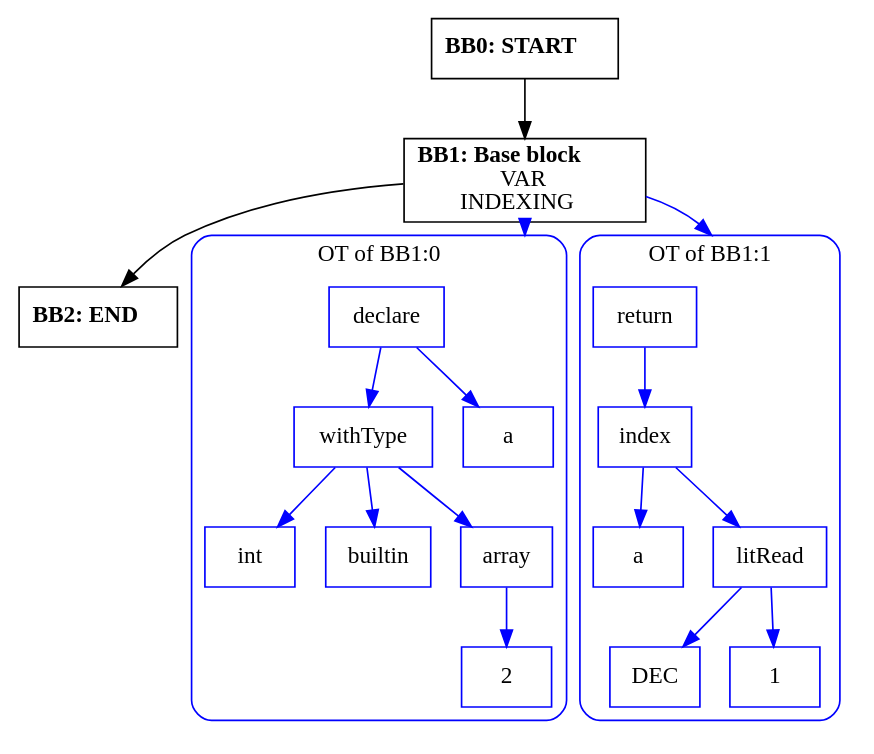
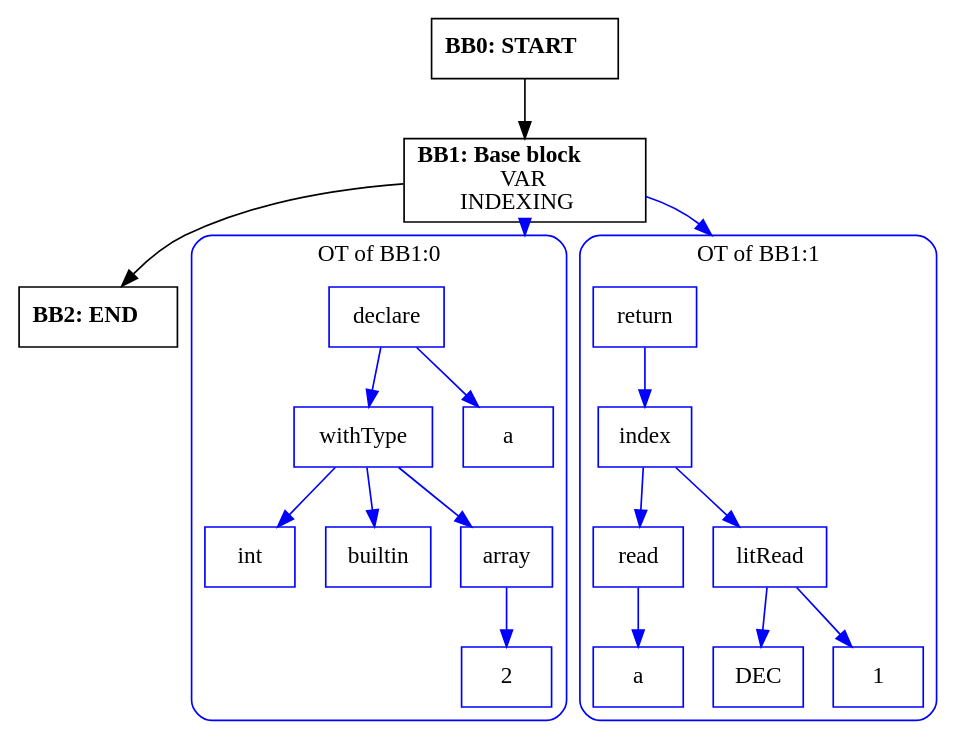
One commit to zavar152-cv/myLang-oop-compiler changed the diagram in outputs/cfg/typingInput.test3.dot. Above: the diagram before and after it, drawn with Graphviz. The commit also changed 6 other files, not shown here.

```diff
--- a/outputs/cfg/typingInput.test3.dot
+++ b/outputs/cfg/typingInput.test3.dot
@@ -1,50 +1,52 @@
 digraph CFG {
     compound=true;
     graph [splines=true];
     node [shape=rectangle];
 
     BB2 [label=<<B>BB2: END</B><BR ALIGN="CENTER"/>>];
     BB1 [label=<<B>BB1: Base block</B><BR ALIGN="CENTER"/>VAR<BR ALIGN="CENTER"/>INDEXING<BR ALIGN="CENTER"/>>];
     subgraph cluster_instruction0 {
         label = "OT of BB1:0";
         style=rounded;
         color=blue;
         entry0 [shape=point, style=invis];
         node0 [label="declare", color=blue];
         node1 [label="withType", color=blue];
         node2 [label="int", color=blue];
         node1 -> node2[color=blue];
         node3 [label="builtin", color=blue];
         node1 -> node3[color=blue];
         node4 [label="array", color=blue];
         node5 [label="2", color=blue];
         node4 -> node5[color=blue];
         node1 -> node4[color=blue];
         node0 -> node1[color=blue];
         node6 [label="a", color=blue];
         node0 -> node6[color=blue];
     }
     BB1 -> entry0 [lhead=cluster_instruction0, color=blue];
     subgraph cluster_instruction1 {
         label = "OT of BB1:1";
         style=rounded;
         color=blue;
         entry1 [shape=point, style=invis];
         node7 [label="return", color=blue];
         node8 [label="index", color=blue];
-        node9 [label="a", color=blue];
+        node9 [label="read", color=blue];
+        node10 [label="a", color=blue];
+        node9 -> node10[color=blue];
         node8 -> node9[color=blue];
-        node10 [label="litRead", color=blue];
-        node11 [label="DEC", color=blue];
-        node10 -> node11[color=blue];
-        node12 [label="1", color=blue];
-        node10 -> node12[color=blue];
-        node8 -> node10[color=blue];
+        node11 [label="litRead", color=blue];
+        node12 [label="DEC", color=blue];
+        node11 -> node12[color=blue];
+        node13 [label="1", color=blue];
+        node11 -> node13[color=blue];
+        node8 -> node11[color=blue];
         node7 -> node8[color=blue];
     }
     BB1 -> entry1 [lhead=cluster_instruction1, color=blue];
     BB0 [label=<<B>BB0: START</B><BR ALIGN="CENTER"/>>];
 
     BB1 -> BB2;
     BB0 -> BB1;
 }
```
